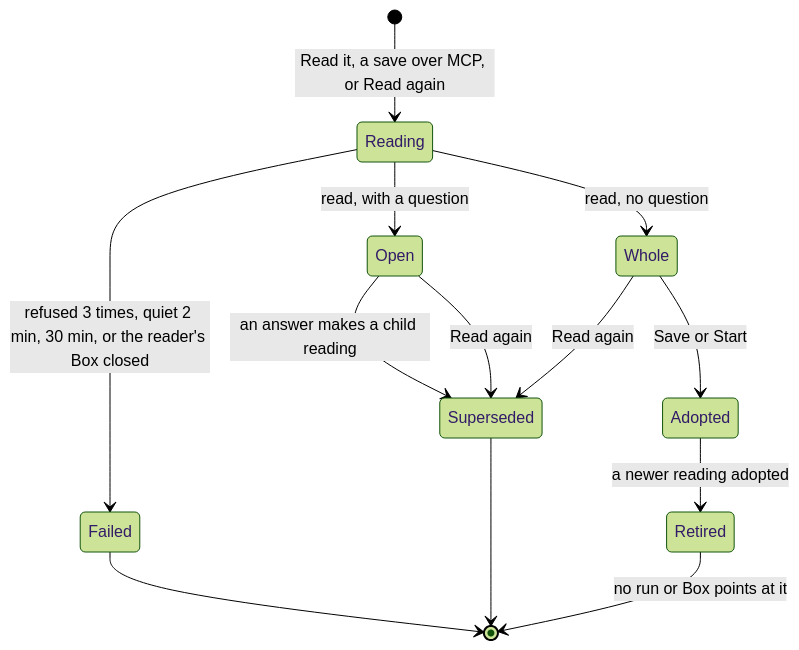
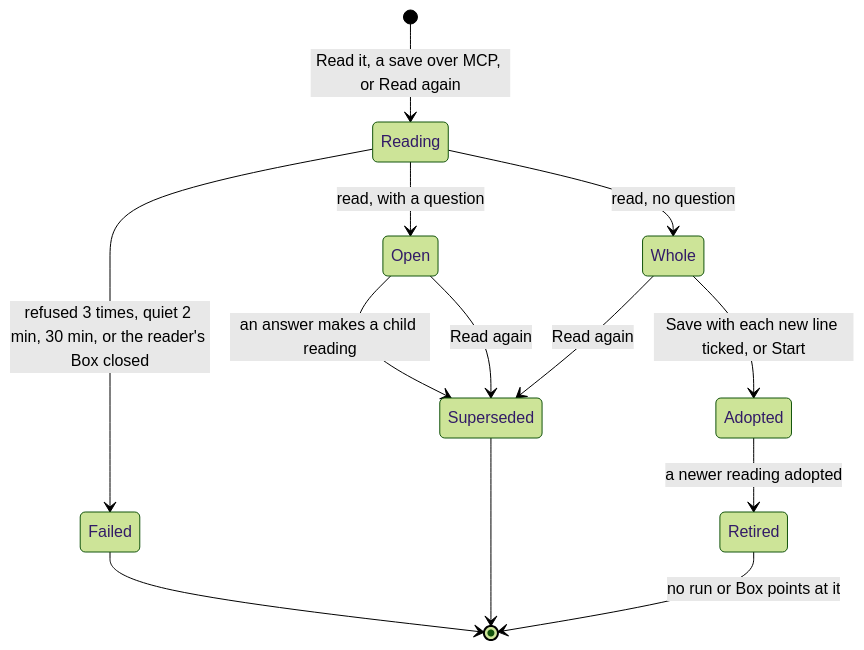
The first of 2 diagrams in docs/specs/prompt-reading.md (IniZio/moor), drawn with Mermaid (forest theme) before and after one commit. The commit also changed other lines of this file, not shown here.

````diff
--- a/docs/specs/prompt-reading.md
+++ b/docs/specs/prompt-reading.md
@@ -253,15 +551,15 @@
 ```mermaid
 stateDiagram-v2
 	[*] --> Reading: Read it, a save over MCP, or Read again
 	Reading --> Failed: refused 3 times, quiet 2 min, 30 min, or the reader's Box closed
 	Reading --> Open: read, with a question
 	Reading --> Whole: read, no question
 	Open --> Superseded: an answer makes a child reading
 	Open --> Superseded: Read again
 	Whole --> Superseded: Read again
-	Whole --> Adopted: Save or Start
+	Whole --> Adopted: Save with each new line ticked, or Start
 	Adopted --> Retired: a newer reading adopted
 	Retired --> [*]: no run or Box points at it
 	Superseded --> [*]
 	Failed --> [*]
 ```
````
